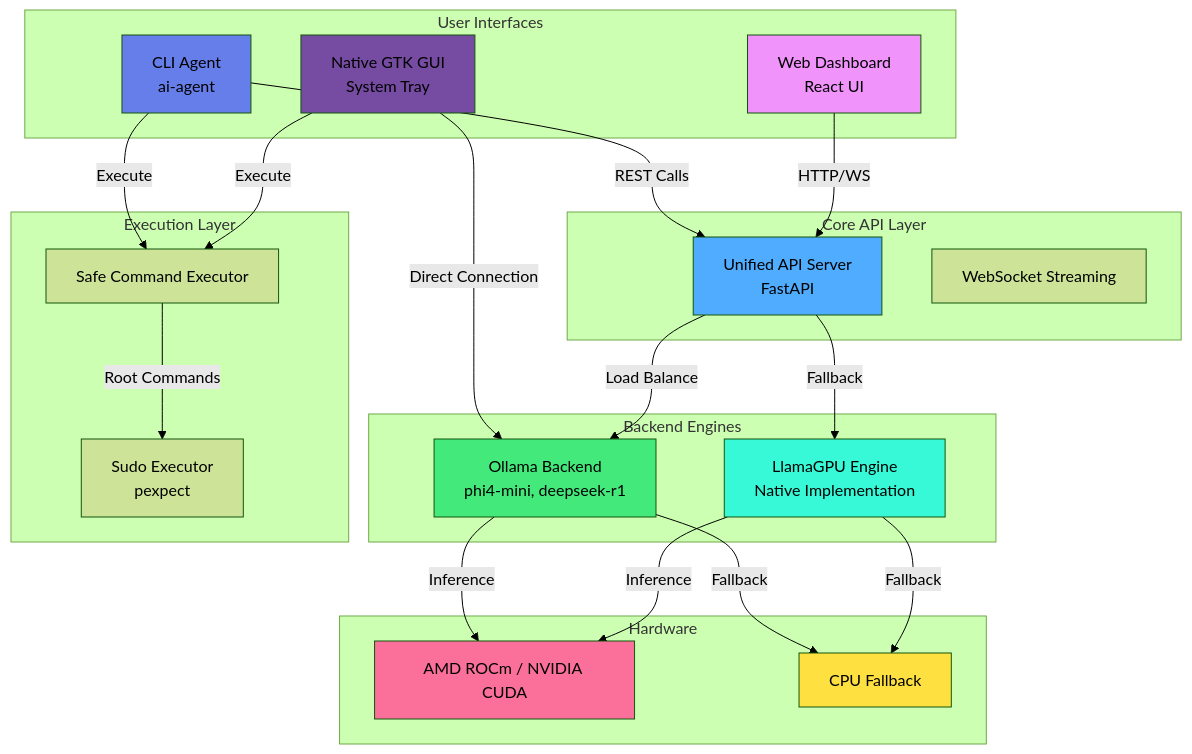
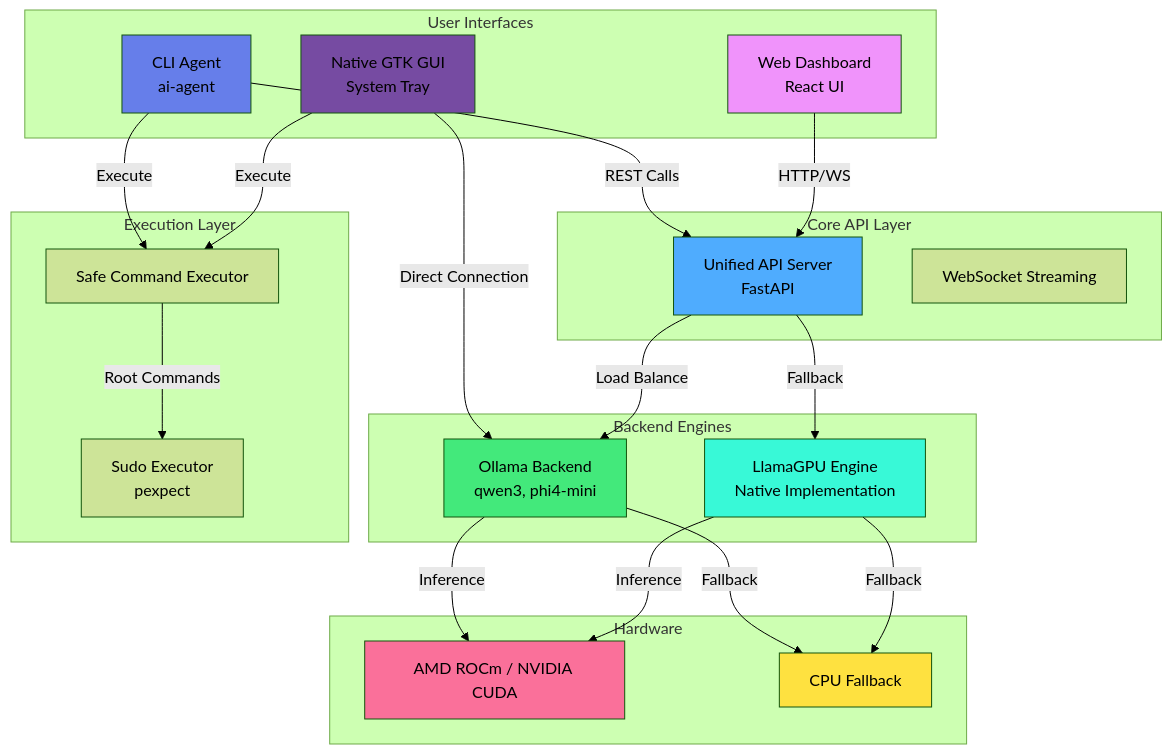
One commit to hkevin01/Llama-GPU changed the first of 4 diagrams in README.md. Above: the diagram before and after it, drawn with Mermaid (forest theme). The commit also changed other lines of this file and 10 other files, not shown here.

````diff
--- a/README.md
+++ b/README.md
@@ -57,53 +57,53 @@
 ```mermaid
 graph TB
     subgraph "User Interfaces"
         CLI[CLI Agent<br/>ai-agent]
         GUI[Native GTK GUI<br/>System Tray]
         WEB[Web Dashboard<br/>React UI]
     end
 
     subgraph "Core API Layer"
         API[Unified API Server<br/>FastAPI]
         WS[WebSocket Streaming]
     end
 
     subgraph "Backend Engines"
-        OLLAMA[Ollama Backend<br/>phi4-mini, deepseek-r1]
+        OLLAMA[Ollama Backend<br/>qwen3, phi4-mini]
         LLAMA[LlamaGPU Engine<br/>Native Implementation]
     end
 
     subgraph "Execution Layer"
         SAFE[Safe Command Executor]
         SUDO[Sudo Executor<br/>pexpect]
     end
 
     subgraph "Hardware"
         GPU[AMD ROCm / NVIDIA CUDA]
         CPU[CPU Fallback]
     end
 
     CLI -->|REST Calls| API
     GUI -->|Direct Connection| OLLAMA
     WEB -->|HTTP/WS| API
 
     API -->|Load Balance| OLLAMA
     API -->|Fallback| LLAMA
 
     CLI -->|Execute| SAFE
     GUI -->|Execute| SAFE
     SAFE -->|Root Commands| SUDO
 
     OLLAMA -->|Inference| GPU
     OLLAMA -->|Fallback| CPU
     LLAMA -->|Inference| GPU
     LLAMA -->|Fallback| CPU
 
     style CLI fill:#667eea
     style GUI fill:#764ba2
     style WEB fill:#f093fb
     style API fill:#4facfe
     style OLLAMA fill:#43e97b
     style LLAMA fill:#38f9d7
     style GPU fill:#fa709a
     style CPU fill:#fee140
 ```
````
